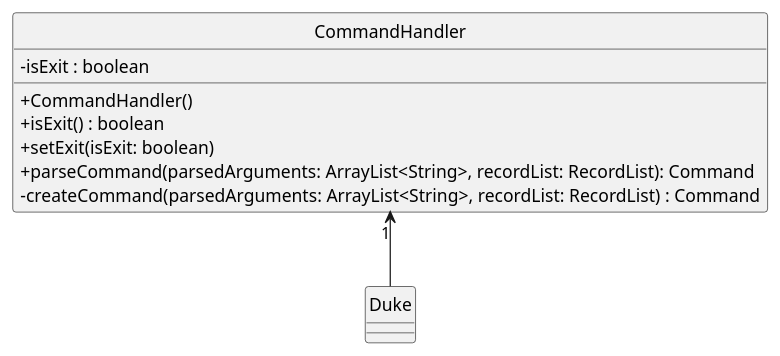
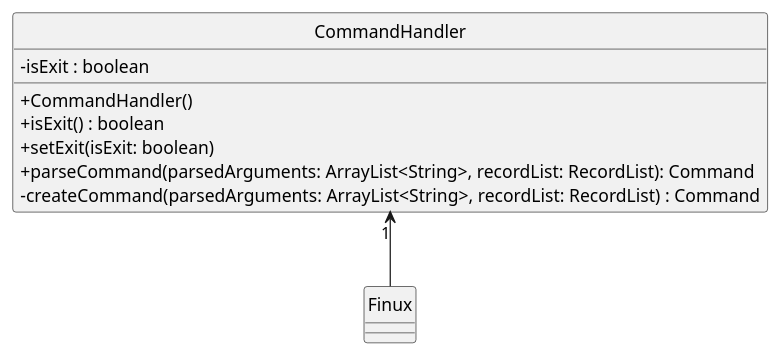
Before and after one commit to nus-cs2113-AY2021S2/tp: the diagram in docs/diagrams/CommandHandlerClassDiagram.puml, drawn with PlantUML. The commit also changed 1 other file, not shown here.

Commit message:
Rectify typo in CommandHandler diagram

```diff
--- a/docs/diagrams/CommandHandlerClassDiagram.puml
+++ b/docs/diagrams/CommandHandlerClassDiagram.puml
@@ -1,20 +1,20 @@
 @startuml
 skinparam classAttributeIconSize 0
 hide circle
 
 class CommandHandler {
     -isExit : boolean
     +CommandHandler()
     +isExit() : boolean
     +setExit(isExit: boolean)
     +parseCommand(parsedArguments: ArrayList<String>, recordList: RecordList): Command
     -createCommand(parsedArguments: ArrayList<String>, recordList: RecordList) : Command
 }
 
-class Duke {
+class Finux {
 
 }
 
-CommandHandler"1" <-- Duke
+CommandHandler"1" <-- Finux
 
 @enduml
```
